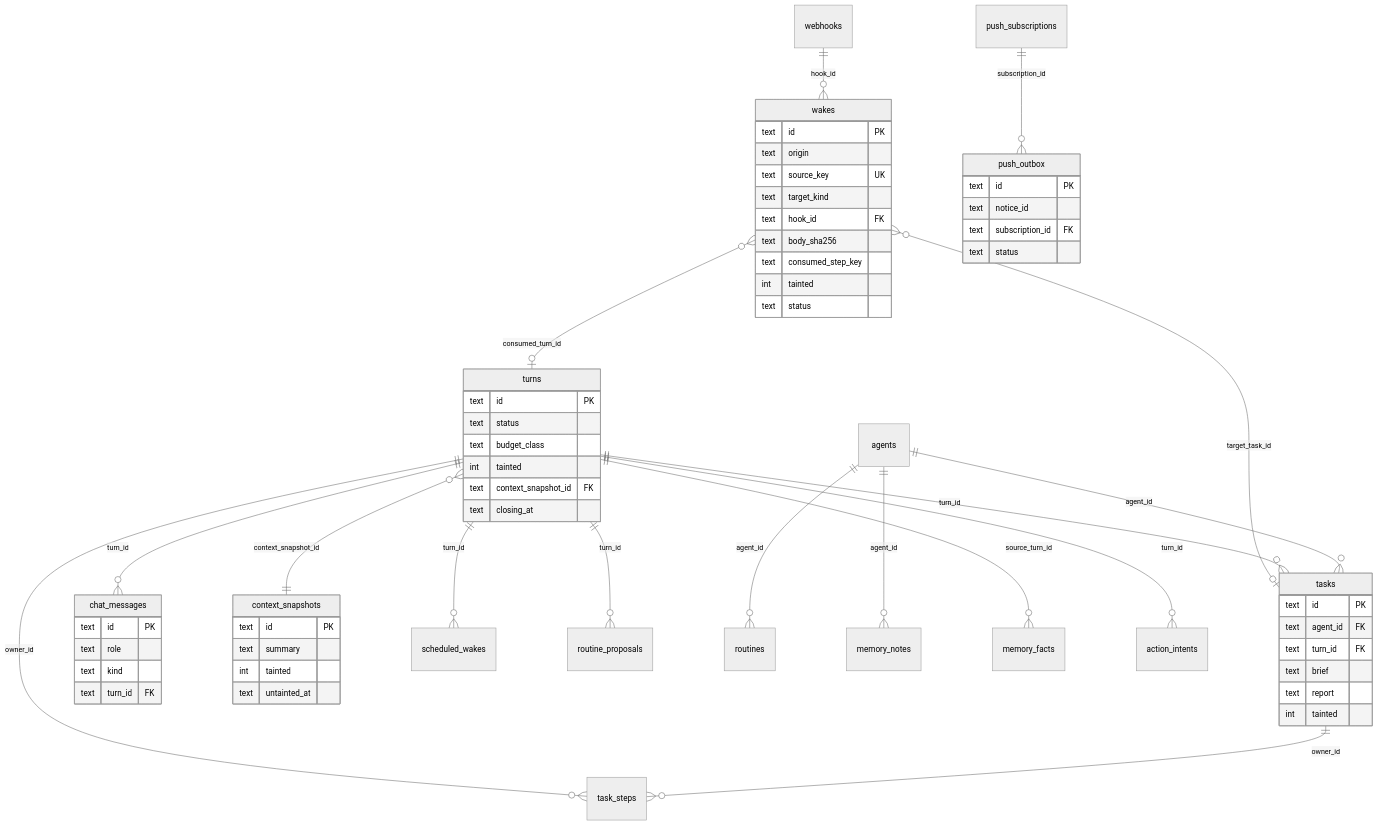
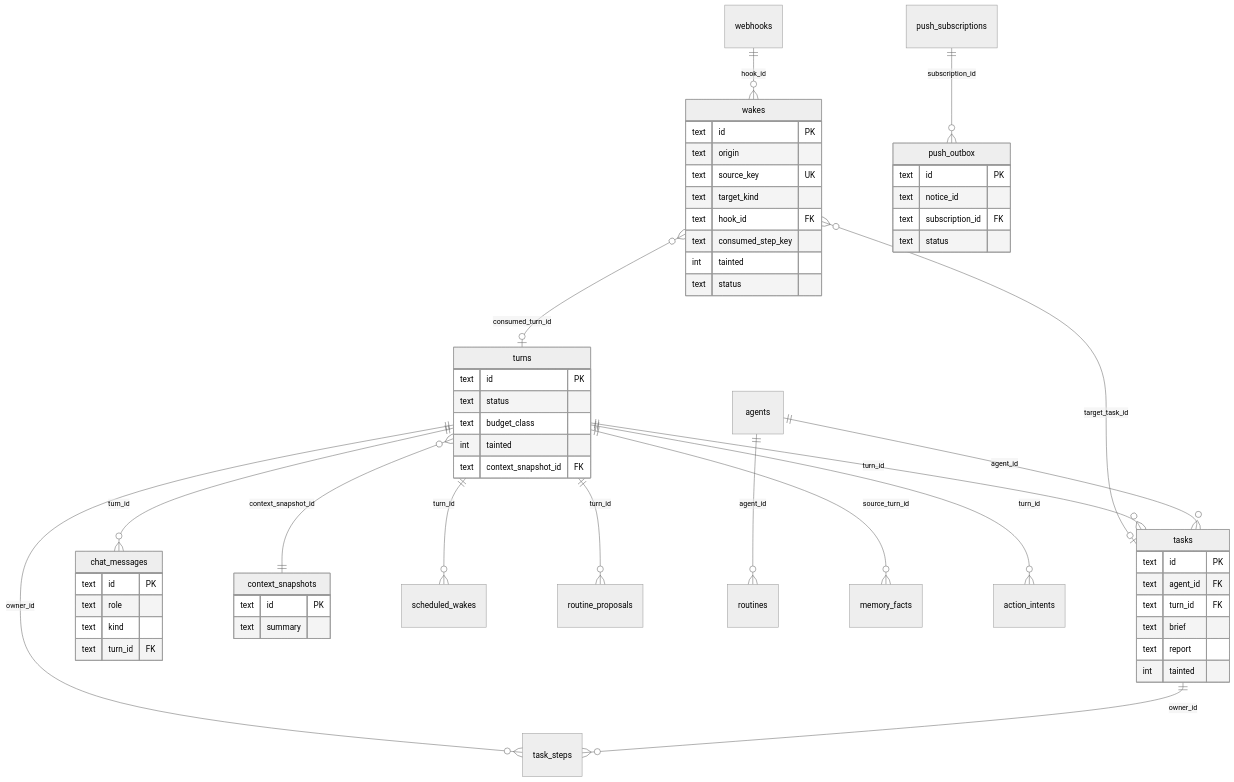
One commit to itiwoja/agent-team changed the second of 3 diagrams in docs/design/10_diagrams/README.md. Above: the diagram before and after it, drawn with Mermaid (neutral theme). The commit also changed other lines of this file and 34 other files, not shown here.

````diff
--- a/docs/design/10_diagrams/README.md
+++ b/docs/design/10_diagrams/README.md
@@ -42,64 +42,59 @@
 ```mermaid
 erDiagram
  wakes }o--o| turns : "consumed_turn_id"
  wakes }o--o| tasks : "target_task_id"
  turns ||--o{ chat_messages : "turn_id"
  turns ||--o{ tasks : "turn_id"
  agents ||--o{ tasks : "agent_id"
  turns ||--o{ task_steps : "owner_id"
  tasks ||--o{ task_steps : "owner_id"
  turns }o--|| context_snapshots : "context_snapshot_id"
  turns ||--o{ scheduled_wakes : "turn_id"
  turns ||--o{ routine_proposals : "turn_id"
  agents ||--o{ routines : "agent_id"
- agents ||--o{ memory_notes : "agent_id"
  turns ||--o{ memory_facts : "source_turn_id"
  webhooks ||--o{ wakes : "hook_id"
  turns ||--o{ action_intents : "turn_id"
  push_subscriptions ||--o{ push_outbox : "subscription_id"
  wakes {
   text id PK
   text origin
   text source_key UK
   text target_kind
   text hook_id FK
-  text body_sha256
   text consumed_step_key
   int tainted
   text status
  }
  turns {
   text id PK
   text status
   text budget_class
   int tainted
   text context_snapshot_id FK
-  text closing_at
  }
  context_snapshots {
   text id PK
   text summary
-  int tainted
-  text untainted_at
  }
  push_outbox {
   text id PK
   text notice_id
   text subscription_id FK
   text status
  }
  tasks {
   text id PK
   text agent_id FK
   text turn_id FK
   text brief
   text report
   int tainted
  }
  chat_messages {
   text id PK
   text role
   text kind
   text turn_id FK
  }
 ```
````
